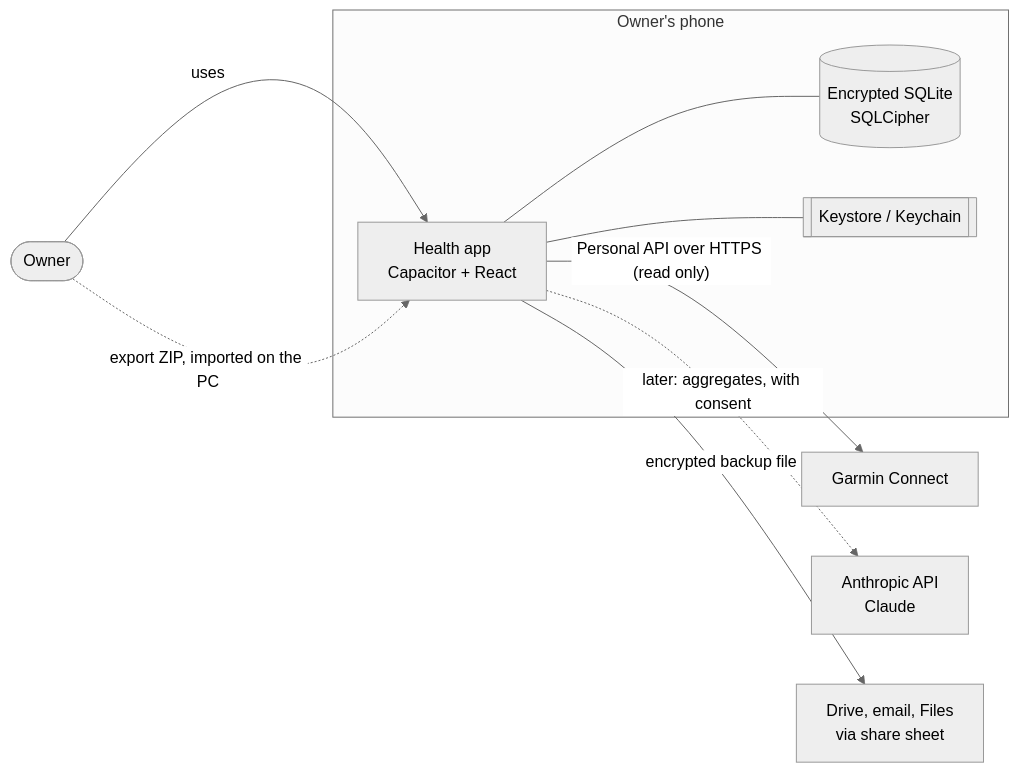
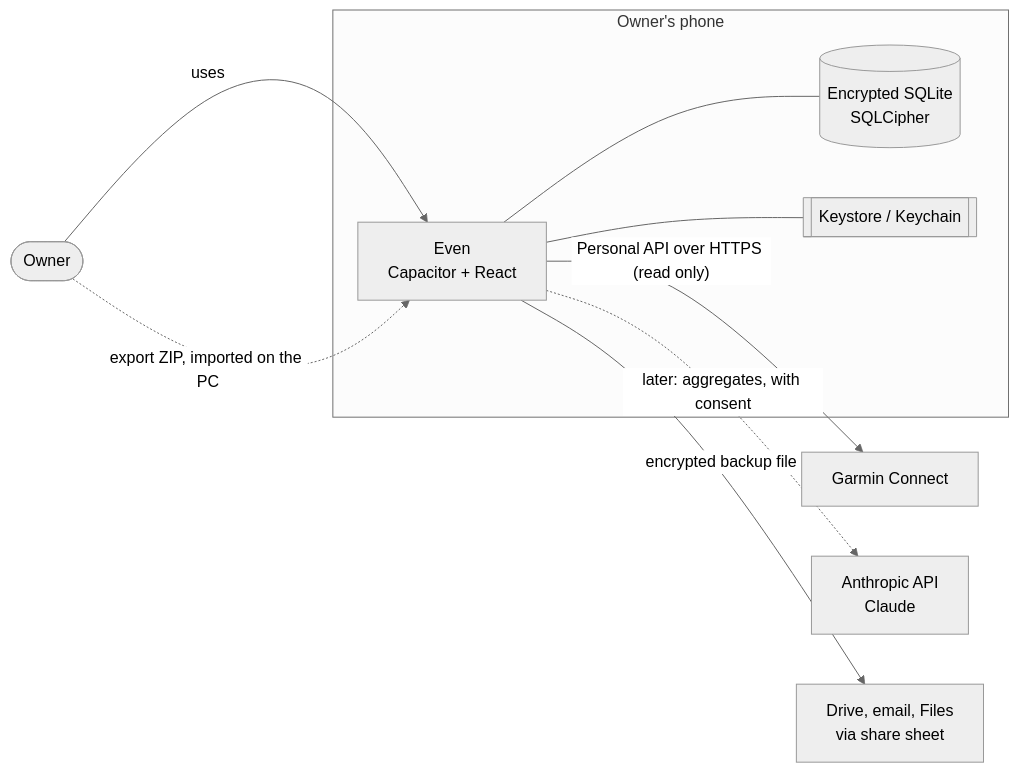
The first of 6 diagrams in docs/HLD.md (alfredoartilesv/even), drawn with Mermaid (neutral theme) before and after one commit. The commit also changed other lines of this file and 55 other files, not shown here.

First line of the commit message:
Rename the app to Even, with a logo

````diff
--- a/docs/HLD.md
+++ b/docs/HLD.md
@@ -24,20 +24,20 @@
 ```mermaid
 flowchart LR
   owner([Owner])
   subgraph phone[Owner's phone]
-    app[Health app<br/>Capacitor + React]
+    app[Even<br/>Capacitor + React]
     db[(Encrypted SQLite<br/>SQLCipher)]
     ks[[Keystore / Keychain]]
   end
   garmin[Garmin Connect]
   claude[Anthropic API<br/>Claude]
   share[Drive, email, Files<br/>via share sheet]
 
   owner -- uses --> app
   app --- db
   app --- ks
   app -- "Personal API over HTTPS (read only)" --> garmin
   owner -. "export ZIP, imported on the PC" .-> app
   app -. "later: aggregates, with consent" .-> claude
   app -- "encrypted backup file" --> share
 ```
````
